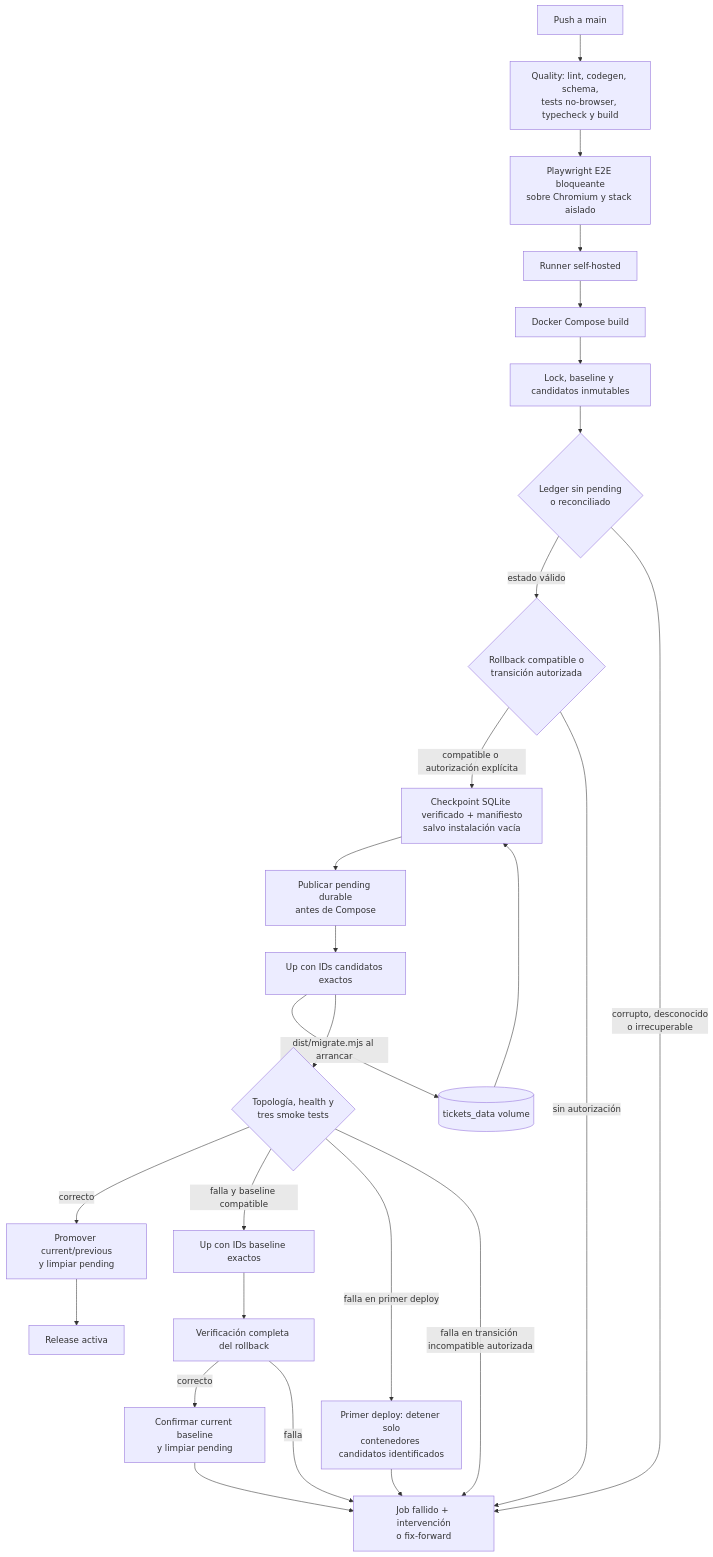
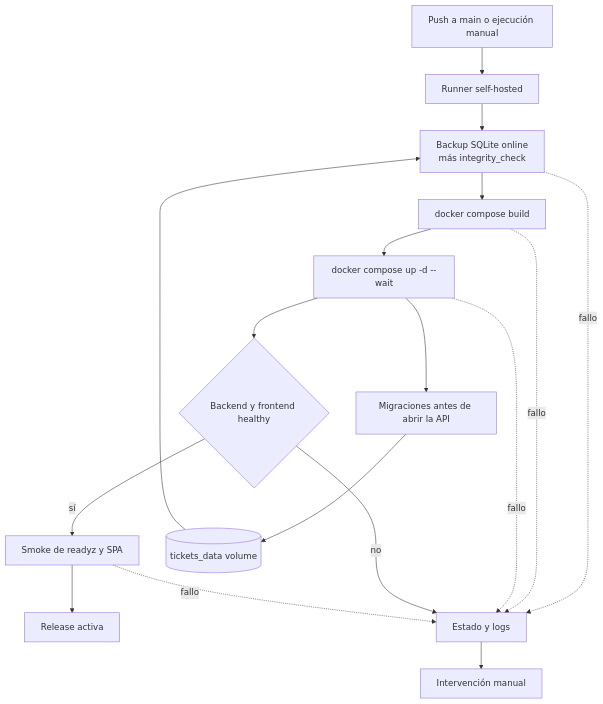
Diagram 12 of 12 in docs/ARQUITECTURA.MD (marianoLaclau/ticketsAdmin), drawn with Mermaid before and after one commit. The commit also changed other lines of this file and 19 other files, not shown here.

````diff
--- a/docs/ARQUITECTURA.MD
+++ b/docs/ARQUITECTURA.MD
@@ -507,39 +507,27 @@
 ```mermaid
 flowchart TD
-    git[Push a main]
-    quality[Quality: lint, codegen, schema,<br/>tests no-browser, typecheck y build]
-    e2e[Playwright E2E bloqueante<br/>sobre Chromium y stack aislado]
+    trigger[Push a main o ejecución manual]
     runner[Runner self-hosted]
-    images[Docker Compose build]
-    release[Lock, baseline y candidatos inmutables]
-    reconcile{Ledger sin pending<br/>o reconciliado}
-    gate{Rollback compatible o<br/>transición autorizada}
-    checkpoint[Checkpoint SQLite verificado + manifiesto<br/>salvo instalación vacía]
-    writeAhead[Publicar pending durable<br/>antes de Compose]
-    rollout[Up con IDs candidatos exactos]
-    verify{Topología, health y<br/>tres smoke tests}
-    promote[Promover current/previous<br/>y limpiar pending]
+    backup[Backup SQLite online<br/>más integrity_check]
+    images[docker compose build]
+    rollout[docker compose up -d --wait]
+    migrate[Migraciones antes de abrir la API]
+    health{Backend y frontend healthy}
+    smoke[Smoke de readyz y SPA]
     active[Release activa]
-    rollback[Up con IDs baseline exactos]
-    verifyRollback[Verificación completa del rollback]
-    closeRollback[Confirmar current baseline<br/>y limpiar pending]
-    contain[Primer deploy: detener solo<br/>contenedores candidatos identificados]
-    intervention[Job fallido + intervención<br/>o fix-forward]
+    diagnostics[Estado y logs]
+    intervention[Intervención manual]
     volume[(tickets_data volume)]
 
-    git --> quality --> e2e --> runner --> images --> release --> reconcile
-    reconcile -->|estado válido| gate
-    reconcile -->|corrupto, desconocido<br/>o irrecuperable| intervention
-    gate -->|compatible o autorización explícita| checkpoint
-    gate -->|sin autorización| intervention
-    volume --> checkpoint
-    checkpoint --> writeAhead --> rollout
-    rollout -->|dist/migrate.mjs al arrancar| volume
-    rollout --> verify
-    verify -->|correcto| promote --> active
-    verify -->|falla y baseline compatible| rollback --> verifyRollback
-    verifyRollback -->|correcto| closeRollback --> intervention
-    verifyRollback -->|falla| intervention
-    verify -->|falla en primer deploy| contain --> intervention
-    verify -->|falla en transición incompatible autorizada| intervention
+    trigger --> runner --> backup --> images --> rollout
+    volume --> backup
+    rollout --> migrate --> volume
+    rollout --> health
+    health -->|sí| smoke --> active
+    backup -. fallo .-> diagnostics
+    images -. fallo .-> diagnostics
+    rollout -. fallo .-> diagnostics
+    health -->|no| diagnostics
+    smoke -. fallo .-> diagnostics
+    diagnostics --> intervention
 ```
````
